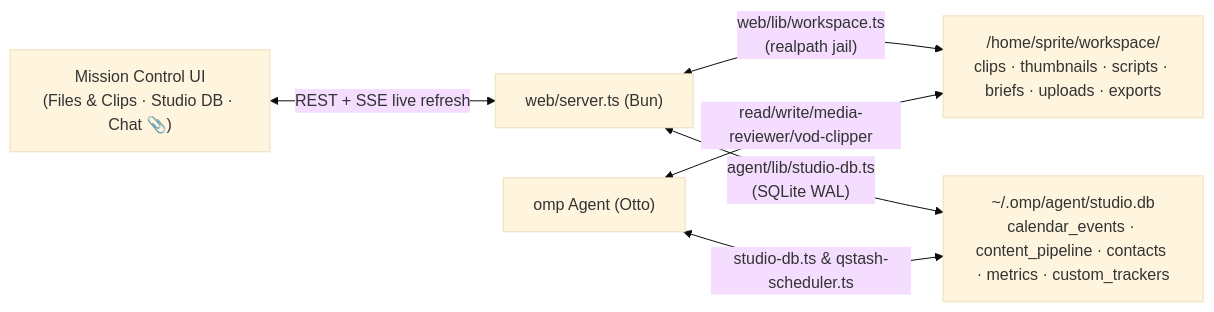
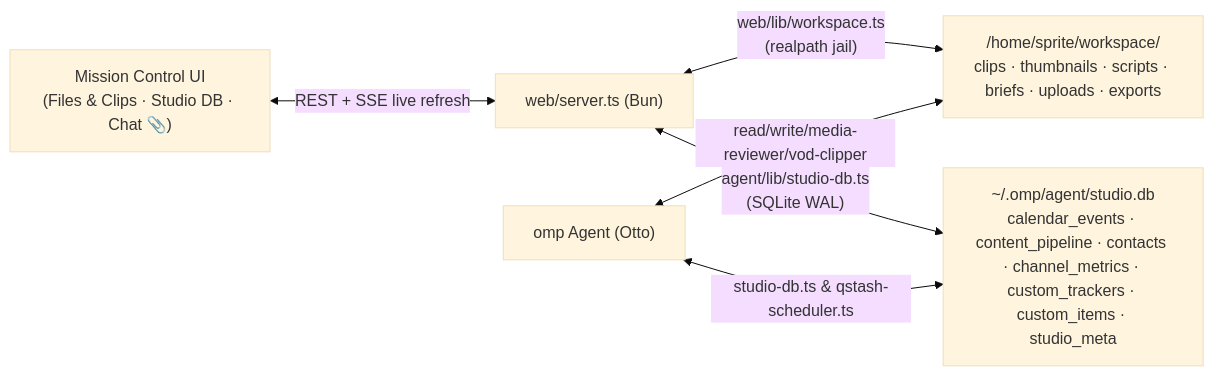
Before and after one commit to roffidaijoubu/otto: the fourth of 4 diagrams in docs/architecture.md, drawn with Mermaid (base theme). The commit also changed other lines of this file and 20 other files, not shown here.

````diff
--- a/docs/architecture.md
+++ b/docs/architecture.md
@@ -109,8 +109,8 @@
 ```mermaid
 flowchart LR
     UI["Mission Control UI<br/>(Files &amp; Clips · Studio DB · Chat 📎)"] <-->|"REST + SSE live refresh"| S["web/server.ts (Bun)"]
     S <-->|"web/lib/workspace.ts<br/>(realpath jail)"| WS["/home/sprite/workspace/<br/>clips · thumbnails · scripts · briefs · uploads · exports"]
-    S <-->|"agent/lib/studio-db.ts<br/>(SQLite WAL)"| DB["~/.omp/agent/studio.db<br/>calendar_events · content_pipeline · contacts · metrics · custom_trackers"]
+    S <-->|"agent/lib/studio-db.ts<br/>(SQLite WAL)"| DB["~/.omp/agent/studio.db<br/>calendar_events · content_pipeline · contacts · channel_metrics · custom_trackers · custom_items · studio_meta"]
     OMP["omp Agent (Otto)"] <-->|"read/write/media-reviewer/vod-clipper"| WS
     OMP <-->|"studio-db.ts &amp; qstash-scheduler.ts"| DB
 ```
````
